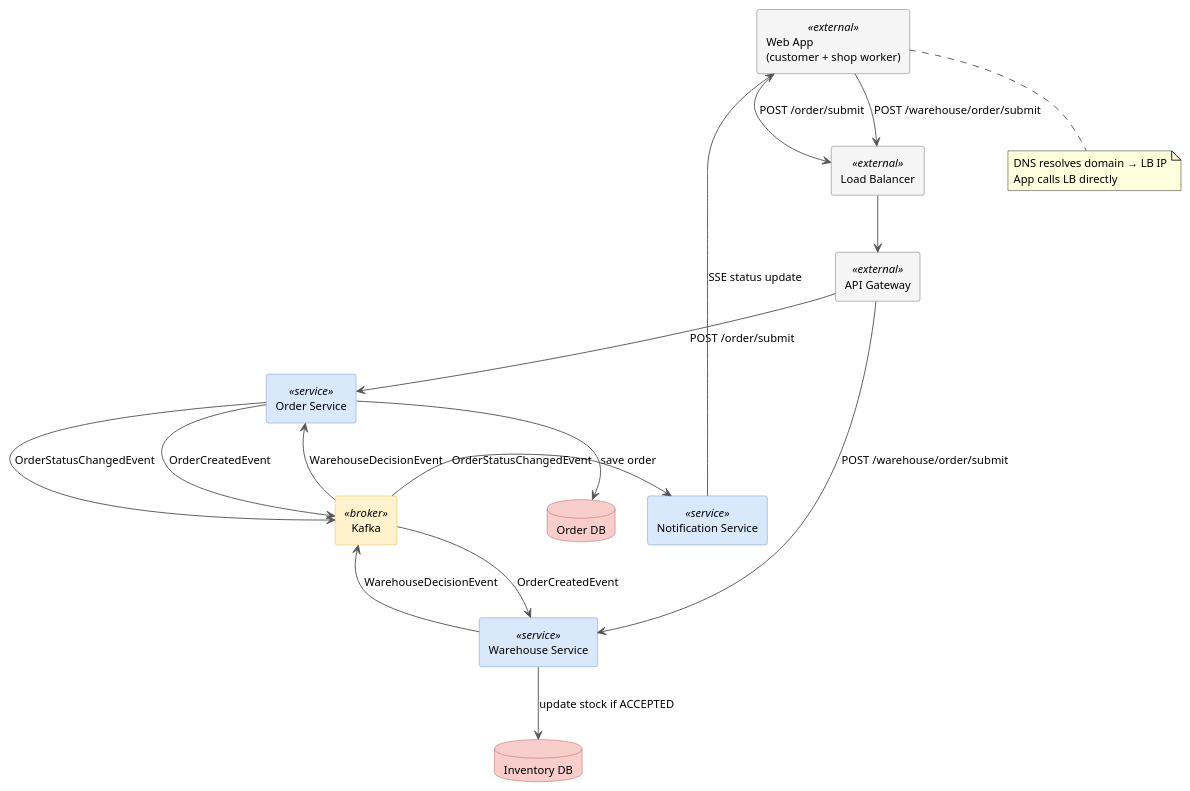
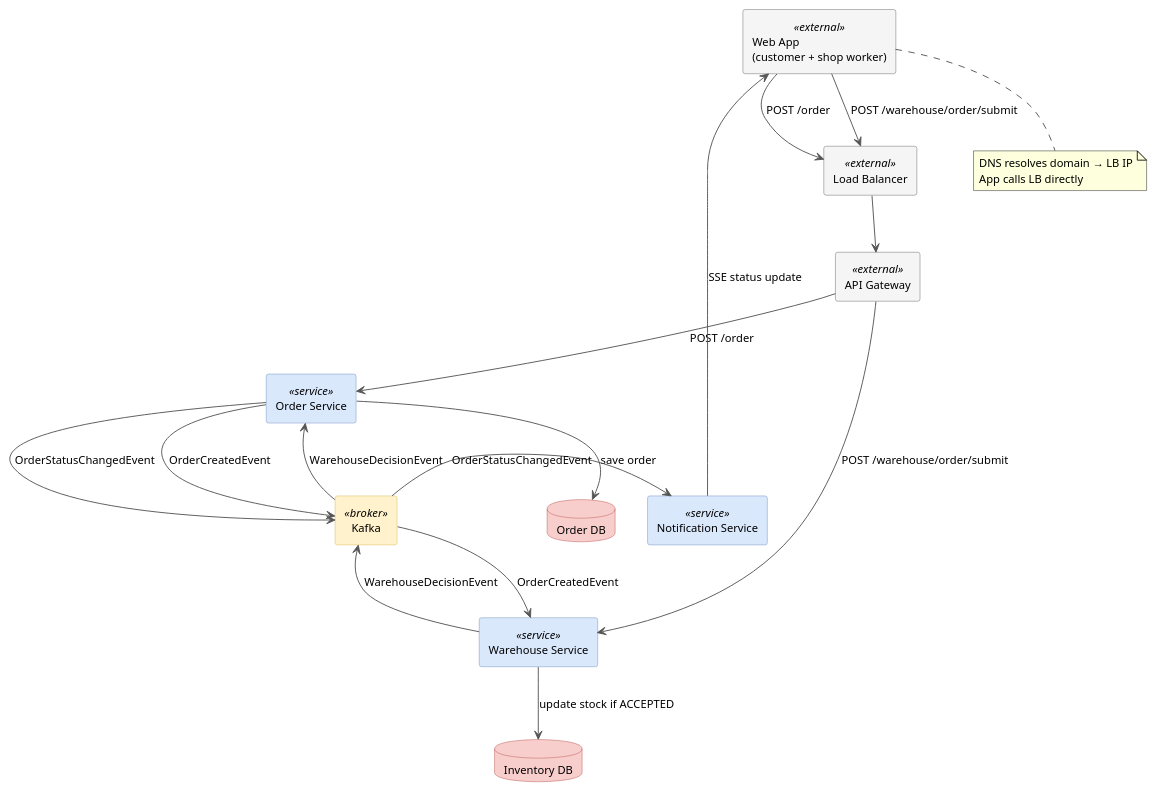
Before and after one commit to hristiina/order-state-machine: the diagram in README.md, drawn with PlantUML. The commit also changed other lines of this file and 4 other files, not shown here.

First line of the commit message:
Document Kafka intent on listener interfaces; drop unnecessary /submit from order creation

````diff
--- a/README.md
+++ b/README.md
@@ -12,62 +12,62 @@
 ```plantuml
 @startuml order_system_design
 skinparam backgroundColor #FFFFFF
 skinparam componentStyle rectangle
 skinparam ArrowColor #555555
 skinparam defaultFontSize 12
 skinparam component {
   BackgroundColor<<service>> #DAE8FC
   BorderColor<<service>> #6C8EBF
   BackgroundColor<<broker>> #FFF2CC
   BorderColor<<broker>> #D6B656
   BackgroundColor<<external>> #F5F5F5
   BorderColor<<external>> #666666
 }
 skinparam database {
   BackgroundColor #F8CECC
   BorderColor #B85450
 }
 
 ' ── ROW 1: Client ──
 component "Web App\n(customer + shop worker)" as client <<external>>
 
 ' ── DNS (lookup only, not in traffic path) ──
 note "DNS resolves domain → LB IP\nApp calls LB directly" as dns
 client .. dns
 
 ' ── ROW 2: Entry ──
 component "Load Balancer" as lb <<external>>
 component "API Gateway" as gateway <<external>>
 
 ' ── ROW 3: Services ──
 component "Order Service" as orderService <<service>>
 component "Warehouse Service" as warehouseService <<service>>
 component "Notification Service" as notificationService <<service>>
 
 ' ── ROW 4: Kafka ──
 component "Kafka" as kafka <<broker>>
 
 ' ── ROW 5: Databases ──
 database "Order DB" as orderDb
 database "Inventory DB" as inventoryDb
 
 ' ── FLOW ──
-client -down-> lb : POST /order/submit
+client -down-> lb : POST /order
 client -down-> lb : POST /warehouse/order/submit
 lb -down-> gateway
-gateway -down-> orderService : POST /order/submit
+gateway -down-> orderService : POST /order
 gateway -down-> warehouseService : POST /warehouse/order/submit
 orderService -down-> orderDb : save order
 warehouseService -down-> inventoryDb : update stock if ACCEPTED
 
 orderService -right-> kafka : OrderCreatedEvent
 kafka -down-> warehouseService : OrderCreatedEvent
 warehouseService -right-> kafka : WarehouseDecisionEvent
 kafka -up-> orderService : WarehouseDecisionEvent
 orderService -down-> kafka : OrderStatusChangedEvent
 kafka -right-> notificationService : OrderStatusChangedEvent
 
 notificationService -up-> client : SSE status update
 
 @enduml
 ```
````
